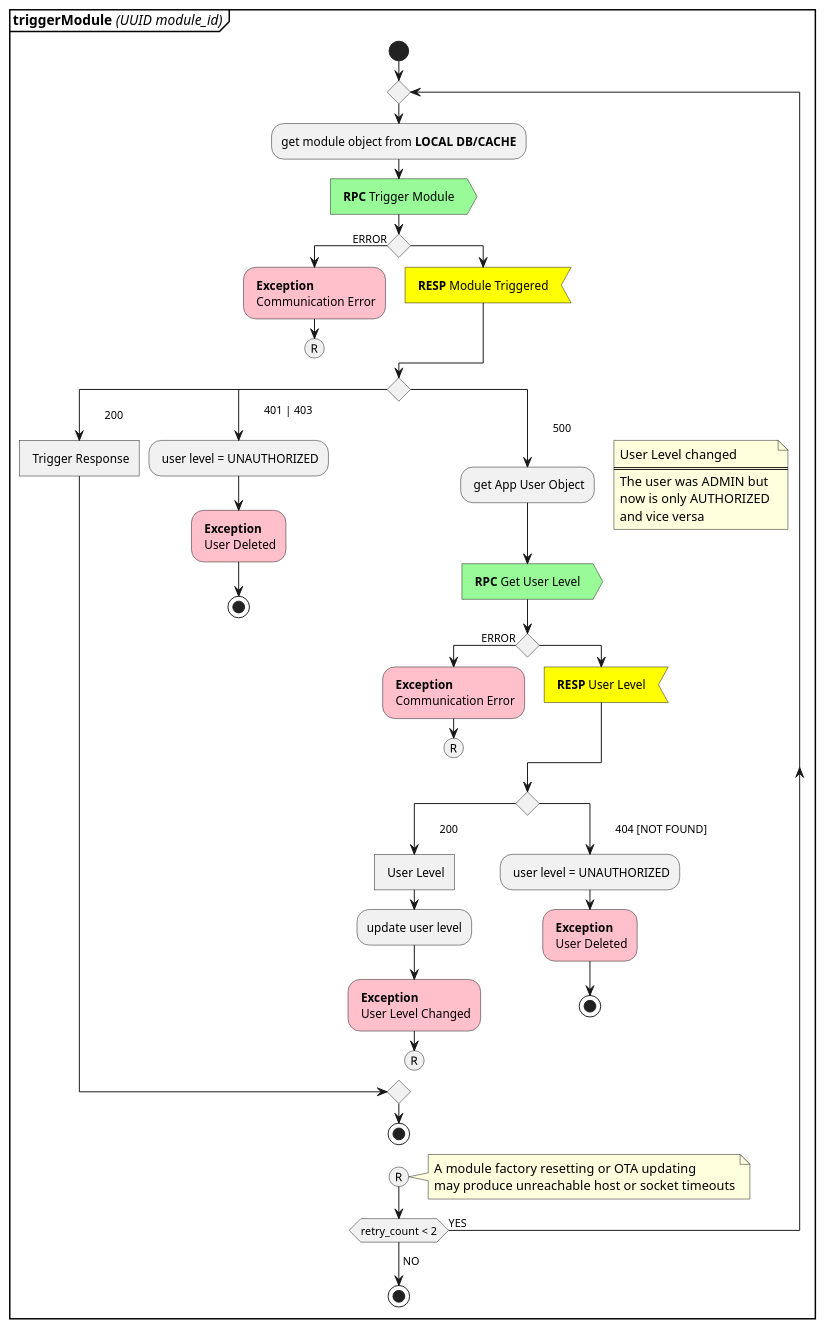
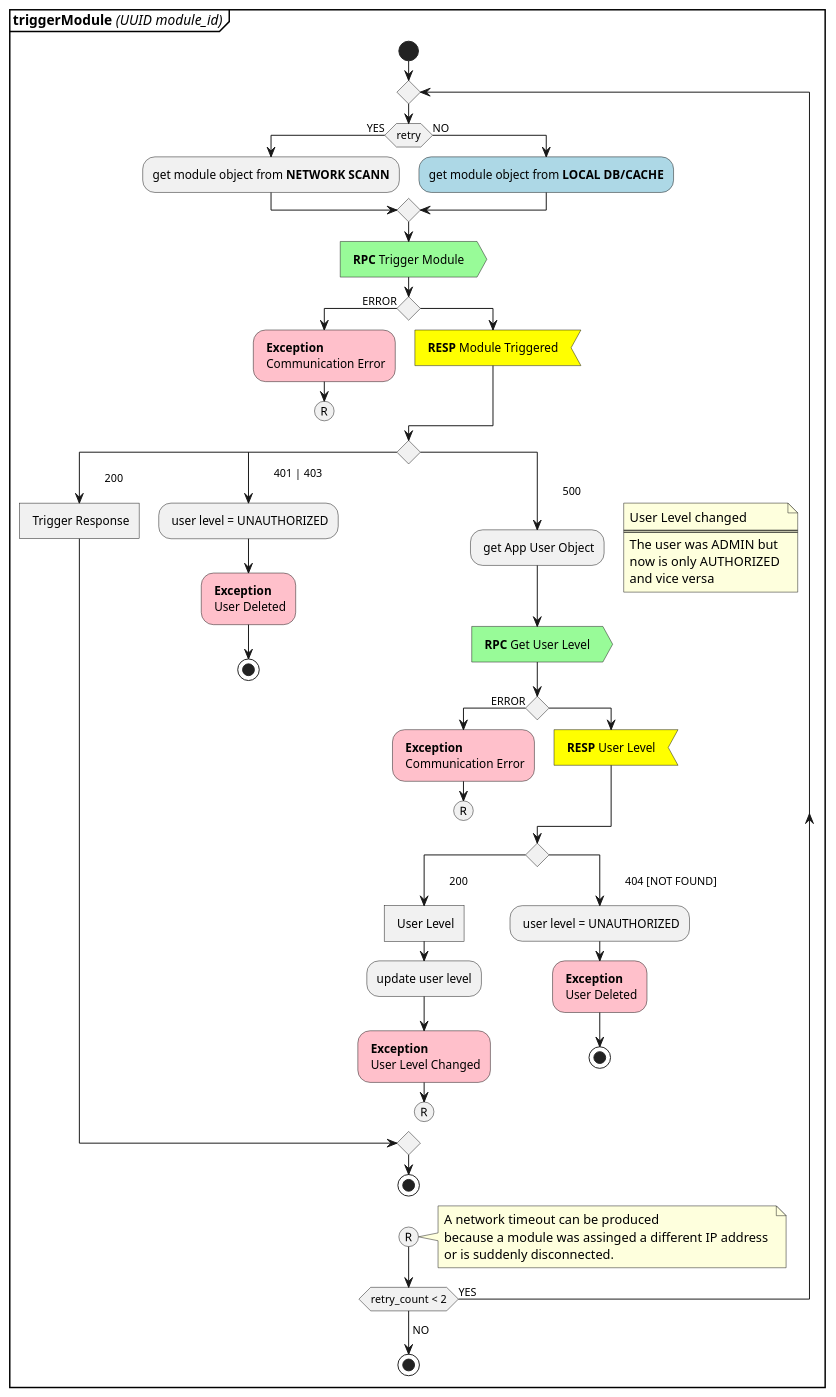
Before and after one commit to estebandres/PI_UML_diagrams: the diagram in activity_diagrams/AD_listado_trigger.plantuml, drawn with PlantUML. The commit also changed 4 other files, not shown here.

Commit message:
renamed diagram and added other 4 activity diagrams

```diff
--- a/activity_diagrams/AD_listado_trigger.plantuml
+++ b/activity_diagrams/AD_listado_trigger.plantuml
@@ -1,67 +1,72 @@
 @startuml AD_trigger
 partition  <b>triggerModule</b> <i>(UUID module_id)</i> {
     start
     repeat
-    :get module object from <b>LOCAL DB/CACHE</b>;
+    if(retry) then (YES)
+    :get module object from <b>NETWORK SCANN</b>;
+    else (NO)
+    #lightblue:get module object from <b>LOCAL DB/CACHE</b>;
+    endif
     #palegreen: <b>RPC</b> Trigger Module >
     if() then (ERROR)
         #pink : <b>Exception</b> \n Communication Error;
         (R)
         detach
     else
         #yellow: <b>RESP</b> Module Triggered <
         
     endif
     switch()
         case(\t 200)
             : Trigger Response]
         case(\t 401 | 403)
             : user level = UNAUTHORIZED;
             #pink : <b>Exception</b> \n User Deleted;
             stop
         case(\t 500)
             
             : get App User Object;
             floating note right
             User Level changed 
             ========================
             The user was ADMIN but 
             now is only AUTHORIZED 
             and vice versa
             end note
             #palegreen: <b>RPC</b> Get User Level >
             if() then (ERROR)
                 #pink : <b>Exception</b> \n Communication Error;
                 (R)
                 detach
             else
                 #yellow: <b>RESP</b> User Level <
             endif
 
             switch()
                 case(\t 200)
                     : User Level]
                     :update user level;
                     #pink : <b>Exception</b> \n User Level Changed;
                     (R)
                     detach
                 case(\t 404 [NOT FOUND])
                     : user level = UNAUTHORIZED;
                     #pink : <b>Exception</b> \n User Deleted;
                     stop
             endswitch
     endswitch
     stop
 
     (R)
     note right 
-        A module factory resetting or OTA updating
-        may produce unreachable host or socket timeouts
+        A network timeout can be produced 
+        because a module was assinged a different IP address 
+        or is suddenly disconnected.
     end note
     repeat while(retry_count < 2) is (YES)
     -> NO;
     stop
 
 
 }
 @enduml
```
